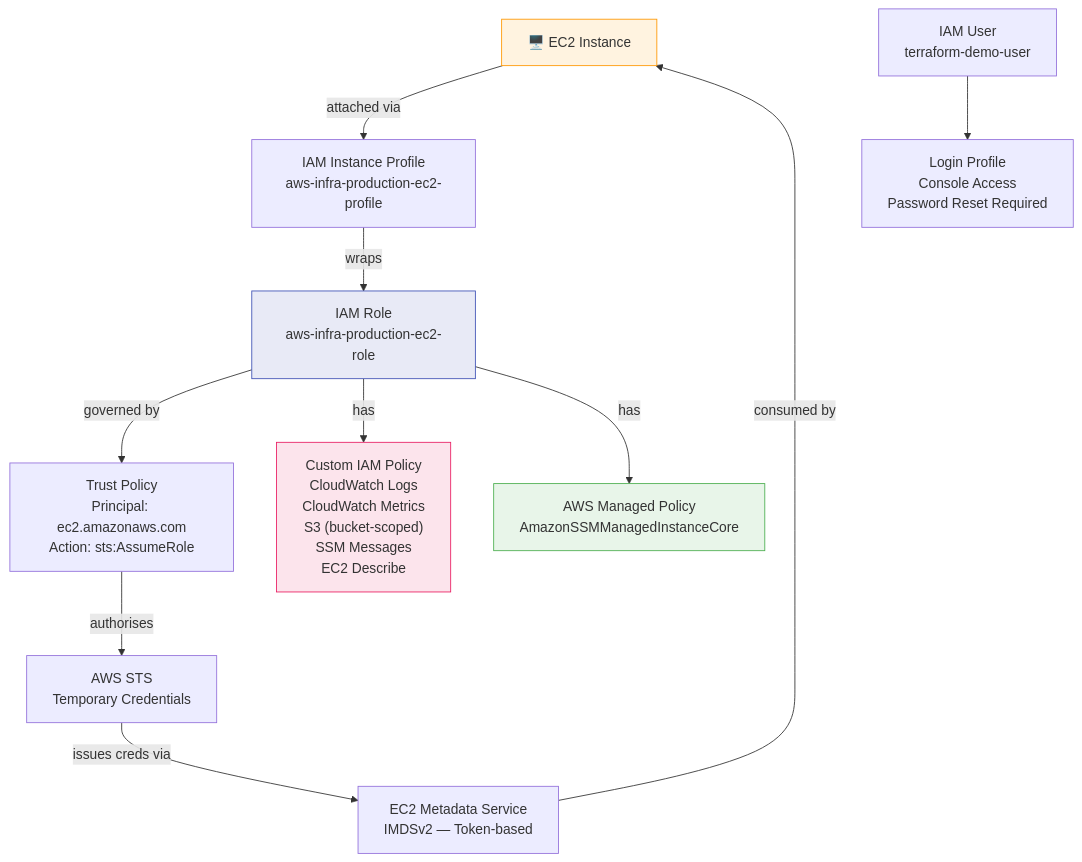
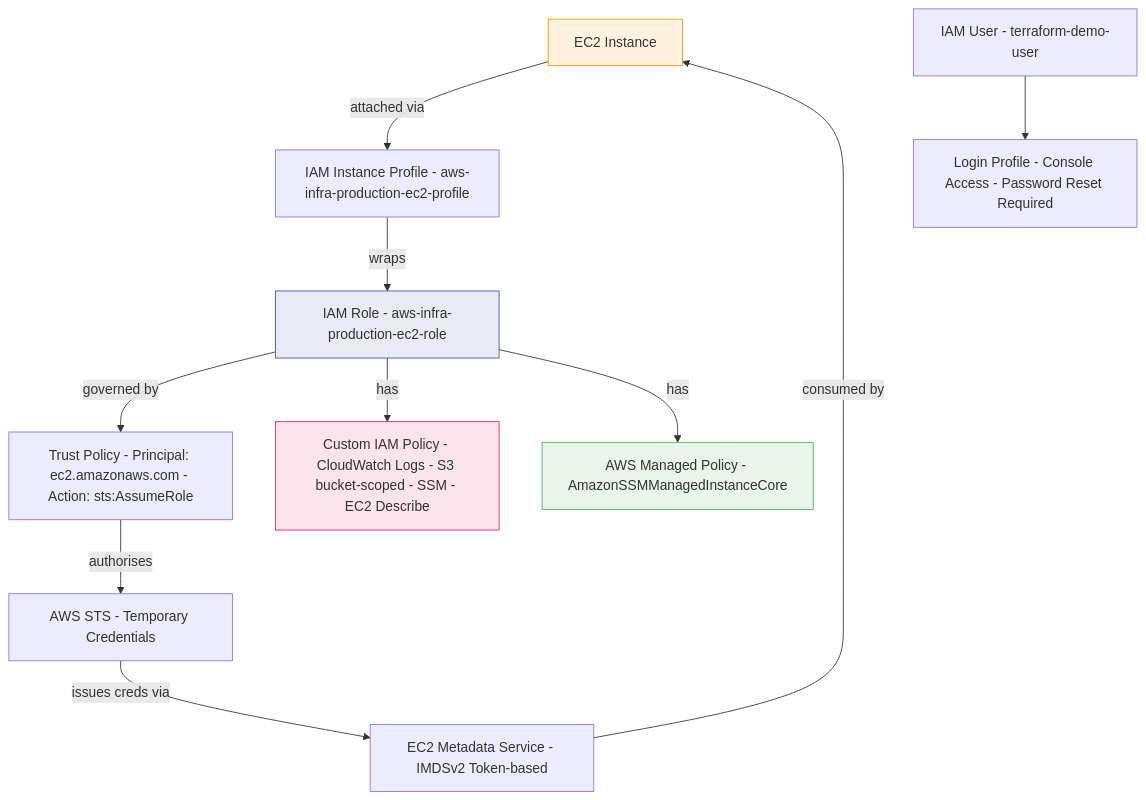
Before and after one commit to anandd46/Terraform-AWS-Infrastructure---Production-Style-VPC-EC2-S3-Deployment: the fifth of 7 diagrams in README.md, drawn with Mermaid. The commit also changed other lines of this file, not shown here.

````diff
--- a/README.md
+++ b/README.md
@@ -363,29 +363,29 @@
 ```mermaid
 graph TD
-    EC2["🖥️ EC2 Instance"]
-    PROFILE["IAM Instance Profile\naws-infra-production-ec2-profile"]
-    ROLE["IAM Role\naws-infra-production-ec2-role"]
-    TRUST["Trust Policy\nPrincipal: ec2.amazonaws.com\nAction: sts:AssumeRole"]
-    CUSTOM_POLICY["Custom IAM Policy\nCloudWatch Logs\nCloudWatch Metrics\nS3 (bucket-scoped)\nSSM Messages\nEC2 Describe"]
-    SSM_POLICY["AWS Managed Policy\nAmazonSSMManagedInstanceCore"]
-    STS["AWS STS\nTemporary Credentials"]
-    IMDS["EC2 Metadata Service\nIMDSv2 — Token-based"]
+    EC2[EC2 Instance]
+    PROFILE[IAM Instance Profile - aws-infra-production-ec2-profile]
+    ROLE[IAM Role - aws-infra-production-ec2-role]
+    TRUST[Trust Policy - Principal: ec2.amazonaws.com - Action: sts:AssumeRole]
+    CUSTOM_POLICY[Custom IAM Policy - CloudWatch Logs - S3 bucket-scoped - SSM - EC2 Describe]
+    SSM_POLICY[AWS Managed Policy - AmazonSSMManagedInstanceCore]
+    STS[AWS STS - Temporary Credentials]
+    IMDS[EC2 Metadata Service - IMDSv2 Token-based]
 
     EC2 -->|attached via| PROFILE
     PROFILE -->|wraps| ROLE
     ROLE -->|governed by| TRUST
     ROLE -->|has| CUSTOM_POLICY
     ROLE -->|has| SSM_POLICY
     TRUST -->|authorises| STS
     STS -->|issues creds via| IMDS
     IMDS -->|consumed by| EC2
 
-    USER["IAM User\nterraform-demo-user"]
-    LOGIN["Login Profile\nConsole Access\nPassword Reset Required"]
+    USER[IAM User - terraform-demo-user]
+    LOGIN[Login Profile - Console Access - Password Reset Required]
     USER --> LOGIN
 
     style EC2 fill:#fff3e0,stroke:#FF9800
     style ROLE fill:#e8eaf6,stroke:#3F51B5
     style CUSTOM_POLICY fill:#fce4ec,stroke:#E91E63
     style SSM_POLICY fill:#e8f5e9,stroke:#4CAF50
 ```
````
